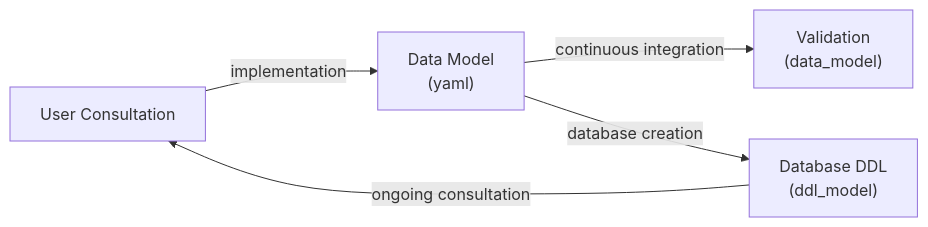
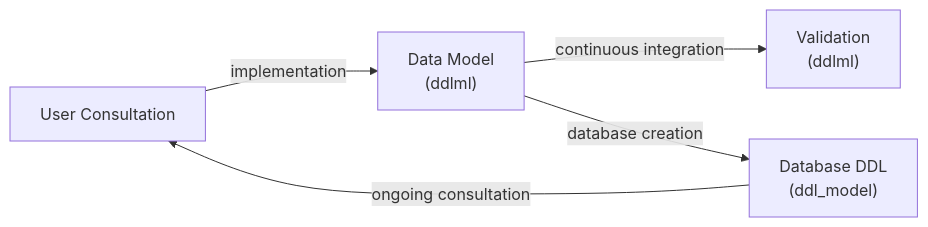
One commit to UBC-DERC/data_model changed the diagram in README.md. Above: the diagram before and after it, drawn with Mermaid. The commit also changed other lines of this file and 48 other files, not shown here.

````diff
--- a/README.md
+++ b/README.md
@@ -17,16 +17,16 @@
 ```mermaid
 flowchart LR
   uc@{ label: "User Consultation" }
-  dm@{ label: "Data Model\n(yaml)" }
-  val@{ label: "Validation\n(data_model)" }
+  dm@{ label: "Data Model\n(ddlml)" }
+  val@{ label: "Validation\n(ddlml)" }
   ddl@{ label: "Database DDL\n(ddl_model)" }
 uc -- implementation --> dm
 dm -- continuous integration --> val
 dm -- database creation --> ddl
 ddl -- ongoing consultation --> uc
 
-click uc "https://ubc-derc.github.io/data_model/admin/governance/" "Data Governance"
-click dm "https://ubc-derc.github.io/data_model/database/" "UBC DERC Database Documentation"
-click val "https://github.com/UBC-DERC/data_model" "data_model validator"
+click uc "https://ubc-derc.github.io/ddlml/admin/governance/" "Data Governance"
+click dm "https://ubc-derc.github.io/ddlml/database/" "UBC DERC Database Documentation"
+click val "https://github.com/UBC-DERC/ddlml" "ddlml validator"
 click ddl "https://github.com/UBC-DERC/ddl_builder" "DDL_Builder Repository"
 ```
````
